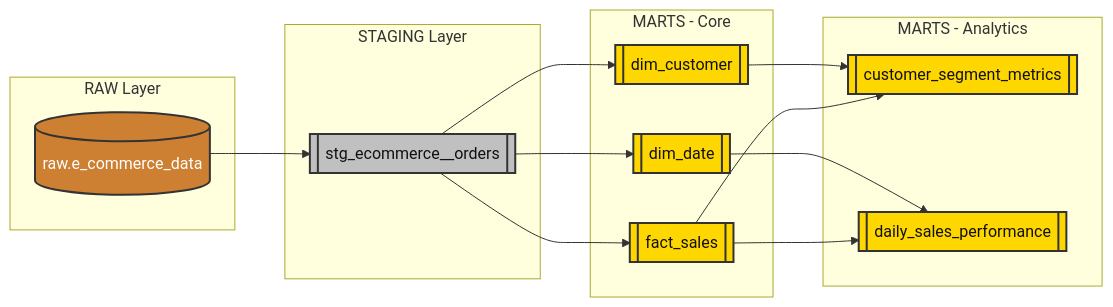
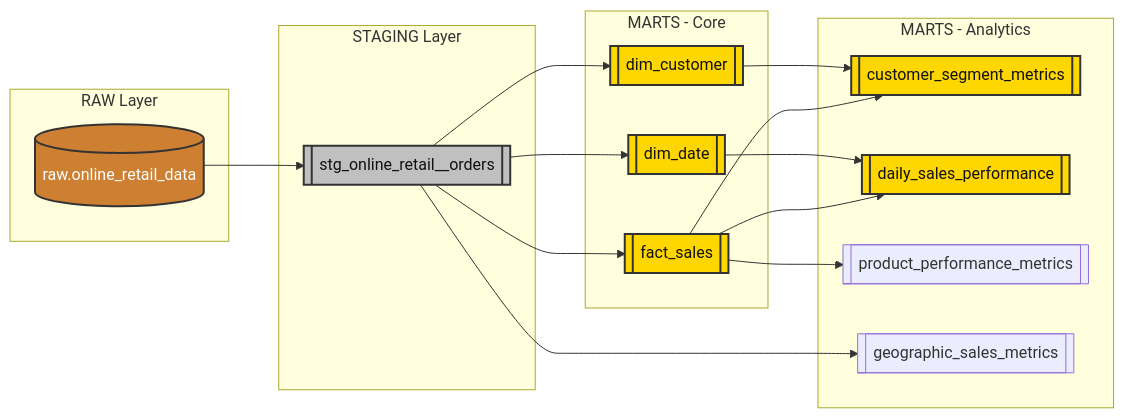
Before and after one commit to Trieu212203/Ecommerce-Customer-Analytics-dbt: the diagram in README.md, drawn with Mermaid. The commit also changed other lines of this file, not shown here.

````diff
--- a/README.md
+++ b/README.md
@@ -60,42 +60,46 @@
 ```mermaid
 graph LR
     %% Bronze
     subgraph Bronze [RAW Layer]
-        A[(raw.e_commerce_data)]
+        A[(raw.online_retail_data)]
     end
 
     %% Silver
     subgraph Silver [STAGING Layer]
-        B[[stg_ecommerce__orders]]
+        B[[stg_online_retail__orders]]
         A --> B
     end
 
     %% Gold Core
     subgraph Gold_Core [MARTS - Core]
         C[[dim_customer]]
         D[[dim_date]]
         E[[fact_sales]]
         B --> C
         B --> D
         B --> E
     end
 
     %% Gold Analytics
     subgraph Gold_Analytics [MARTS - Analytics]
         F[[customer_segment_metrics]]
         G[[daily_sales_performance]]
+        H[[product_performance_metrics]]
+        I[[geographic_sales_metrics]]
         C --> F
         E --> F
         D --> G
         E --> G
+        E --> H
+        B --> I
     end
 
     classDef raw fill:#cd7f32,stroke:#333,stroke-width:2px,color:#fff;
     classDef stg fill:#c0c0c0,stroke:#333,stroke-width:2px,color:#111;
     classDef mart fill:#ffd700,stroke:#333,stroke-width:2px,color:#111;
 
     class A raw;
     class B stg;
     class C,D,E mart;
     class F,G mart;
 ```
````
